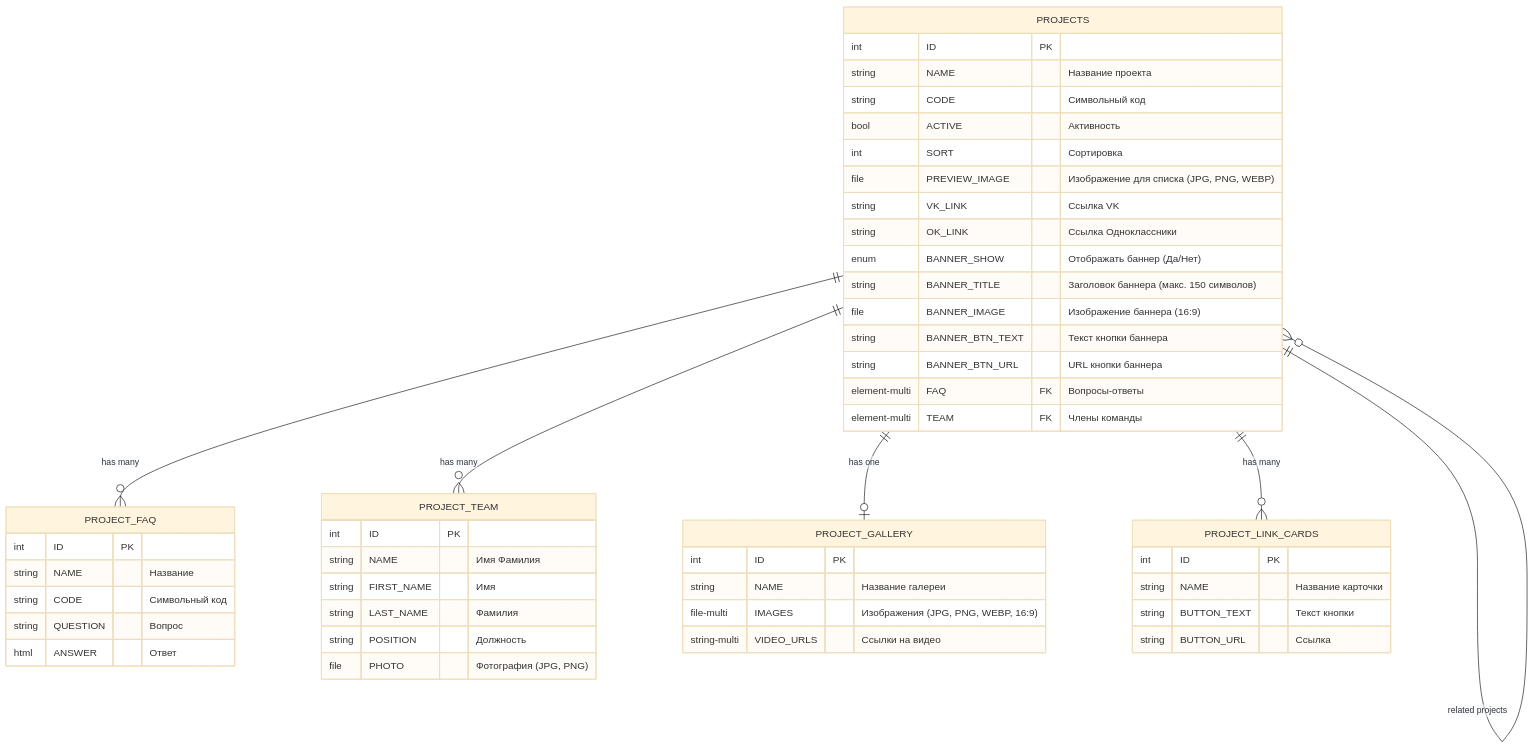
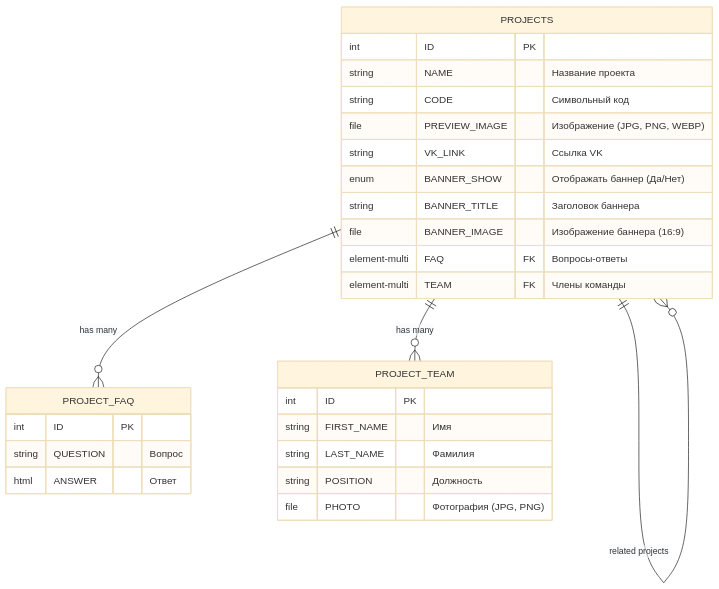
The diagram in .claude/skills/data-requirements-analyzer/references/patterns.md (WEBEasyAgency/BitrixCdd), drawn with Mermaid (base theme) before and after one commit. The commit also changed other lines of this file and 2 other files, not shown here.

First line of the commit message:
Обновление скиллов Claude Code

````diff
--- a/.claude/skills/data-requirements-analyzer/references/patterns.md
+++ b/.claude/skills/data-requirements-analyzer/references/patterns.md
@@ -130,57 +129,33 @@
 ```mermaid
 erDiagram
     PROJECTS ||--o{ PROJECT_FAQ : "has many"
     PROJECTS ||--o{ PROJECT_TEAM : "has many"
-    PROJECTS ||--o| PROJECT_GALLERY : "has one"
-    PROJECTS ||--o{ PROJECT_LINK_CARDS : "has many"
     PROJECTS ||--o{ PROJECTS : "related projects"
 
     PROJECTS {
         int ID PK
         string NAME "Название проекта"
         string CODE "Символьный код"
-        bool ACTIVE "Активность"
-        int SORT "Сортировка"
-        file PREVIEW_IMAGE "Изображение для списка (JPG, PNG, WEBP)"
+        file PREVIEW_IMAGE "Изображение (JPG, PNG, WEBP)"
         string VK_LINK "Ссылка VK"
-        string OK_LINK "Ссылка Одноклассники"
         enum BANNER_SHOW "Отображать баннер (Да/Нет)"
-        string BANNER_TITLE "Заголовок баннера (макс. 150 символов)"
+        string BANNER_TITLE "Заголовок баннера"
         file BANNER_IMAGE "Изображение баннера (16:9)"
-        string BANNER_BTN_TEXT "Текст кнопки баннера"
-        string BANNER_BTN_URL "URL кнопки баннера"
         element-multi FAQ FK "Вопросы-ответы"
         element-multi TEAM FK "Члены команды"
     }
 
     PROJECT_FAQ {
         int ID PK
-        string NAME "Название"
-        string CODE "Символьный код"
         string QUESTION "Вопрос"
         html ANSWER "Ответ"
     }
 
     PROJECT_TEAM {
         int ID PK
-        string NAME "Имя Фамилия"
         string FIRST_NAME "Имя"
         string LAST_NAME "Фамилия"
         string POSITION "Должность"
         file PHOTO "Фотография (JPG, PNG)"
     }
-
-    PROJECT_GALLERY {
-        int ID PK
-        string NAME "Название галереи"
-        file-multi IMAGES "Изображения (JPG, PNG, WEBP, 16:9)"
-        string-multi VIDEO_URLS "Ссылки на видео"
-    }
-
-    PROJECT_LINK_CARDS {
-        int ID PK
-        string NAME "Название карточки"
-        string BUTTON_TEXT "Текст кнопки"
-        string BUTTON_URL "Ссылка"
-    }
 ```
````
